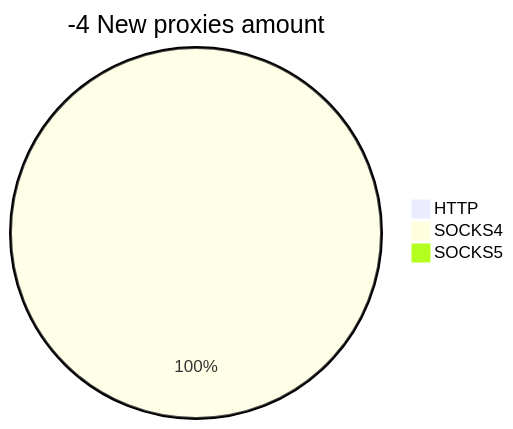
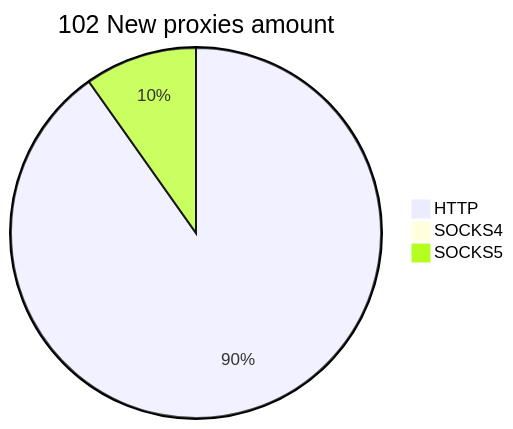
The second of 2 diagrams in README.md (cutipu/proxylist), drawn with Mermaid before and after one commit. The commit also changed other lines of this file, not shown here.

````diff
--- a/README.md
+++ b/README.md
@@ -10,6 +10,6 @@
 ```mermaid
-pie title -4 New proxies amount
-    "HTTP" : 0
-    "SOCKS4" : 4
-    "SOCKS5" : 0
+pie title 102 New proxies amount
+    "HTTP" : 92
+    "SOCKS4" : 0
+    "SOCKS5" : 10
 ```
````
